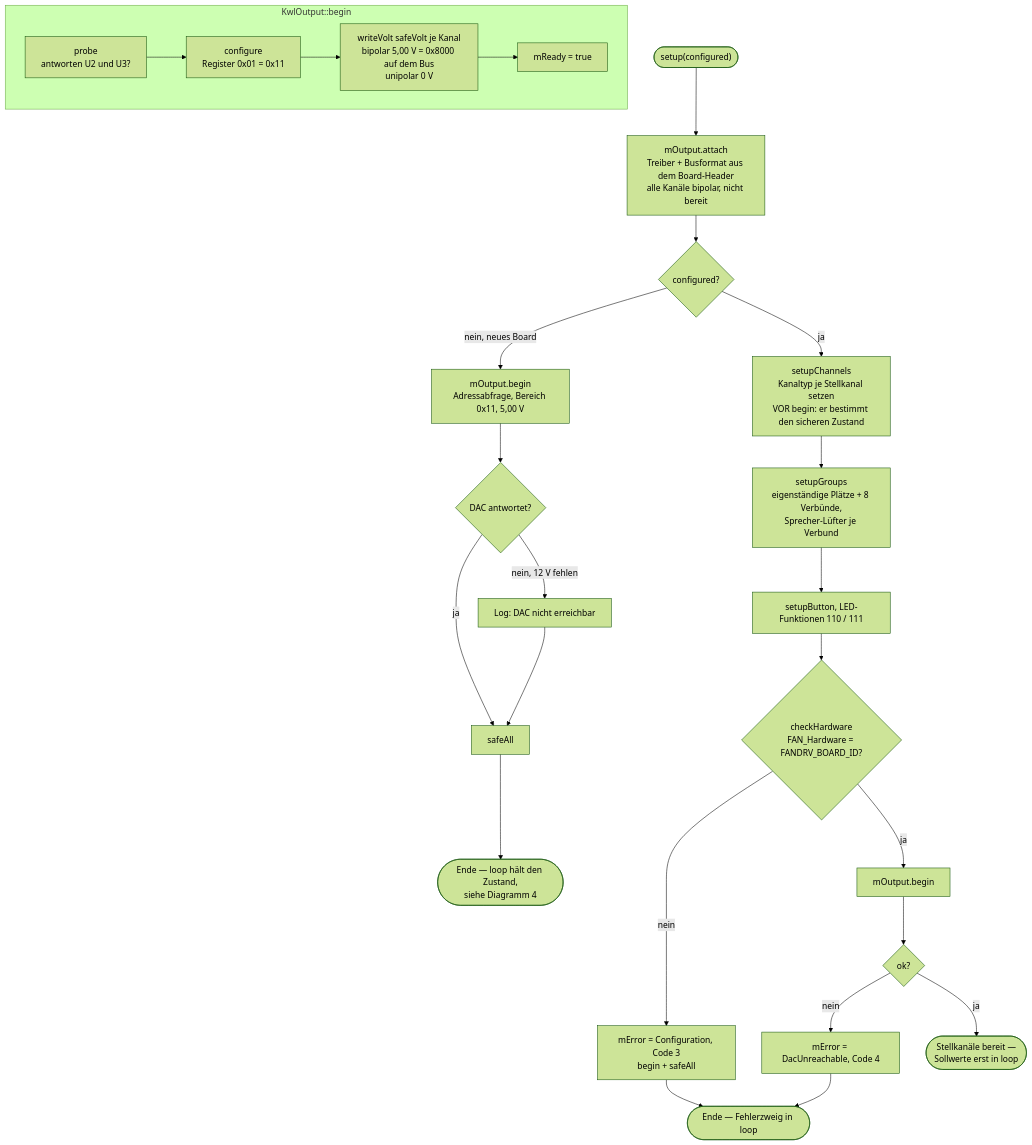
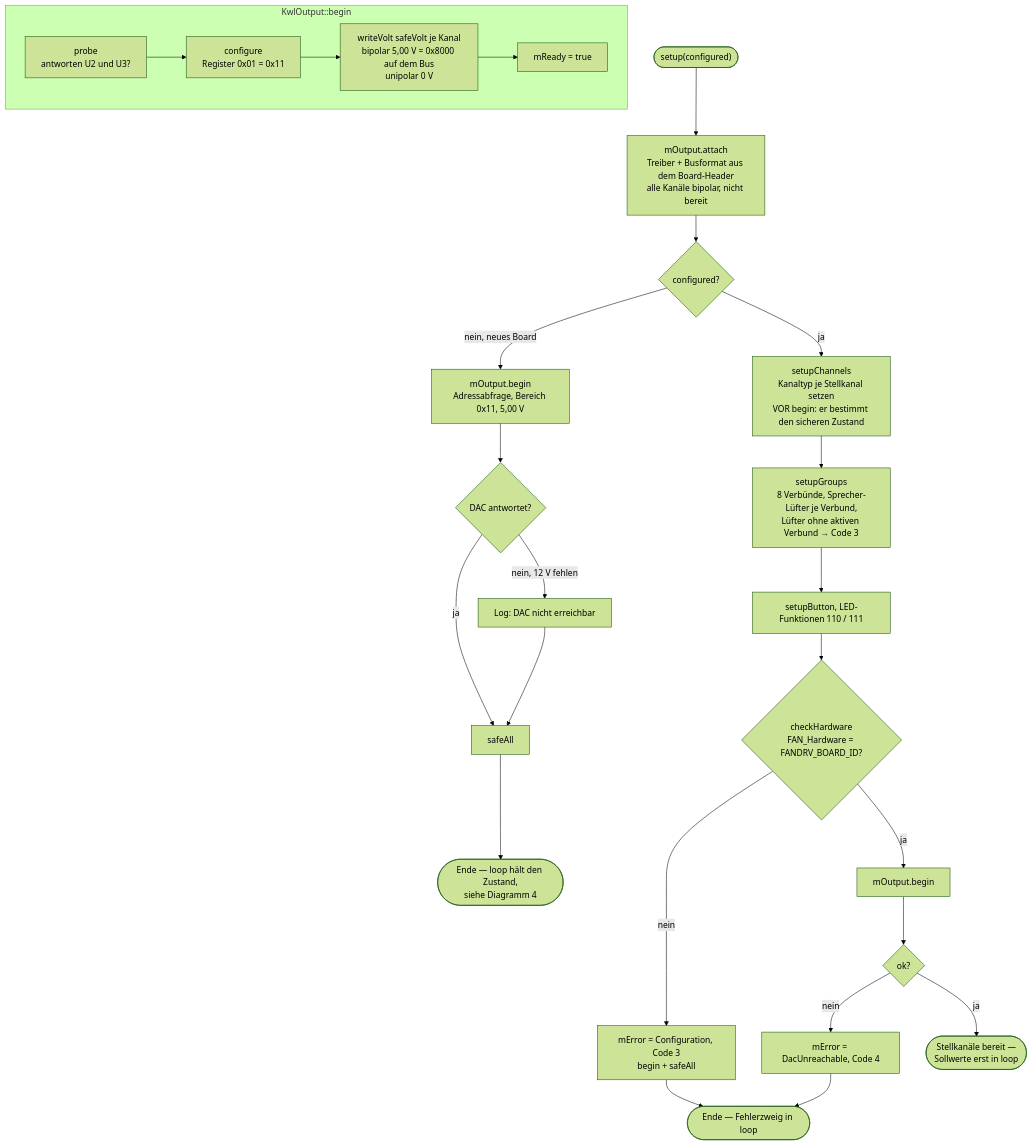
One commit to gosanman/OAM-LunosControl changed the third of 12 diagrams in docs/Ablaufdiagramme.md. Above: the diagram before and after it, drawn with Mermaid (forest theme). The commit also changed other lines of this file and 11 other files, not shown here.

````diff
--- a/docs/Ablaufdiagramme.md
+++ b/docs/Ablaufdiagramme.md
@@ -127,29 +127,29 @@
 ```mermaid
 flowchart TD
     START(["setup(configured)"]) --> ATT["mOutput.attach<br/>Treiber + Busformat aus dem Board-Header<br/>alle Kanäle bipolar, nicht bereit"]
     ATT --> Q1{"configured?"}
 
     Q1 -->|"nein, neues Board"| U1["mOutput.begin<br/>Adressabfrage, Bereich 0x11, 5,00 V"]
     U1 --> U2{"DAC antwortet?"}
     U2 -->|"nein, 12 V fehlen"| U3["Log: DAC nicht erreichbar"]
     U2 -->|"ja"| U4["safeAll"]
     U3 --> U4
     U4 --> UEND(["Ende — loop hält den Zustand,<br/>siehe Diagramm 4"])
 
     Q1 -->|"ja"| C1["setupChannels<br/>Kanaltyp je Stellkanal setzen<br/>VOR begin: er bestimmt den sicheren Zustand"]
-    C1 --> C2["setupGroups<br/>eigenständige Plätze + 8 Verbünde,<br/>Sprecher-Lüfter je Verbund"]
+    C1 --> C2["setupGroups<br/>8 Verbünde, Sprecher-Lüfter je Verbund,<br/>Lüfter ohne aktiven Verbund → Code 3"]
     C2 --> C3["setupButton, LED-Funktionen 110 / 111"]
     C3 --> C4{"checkHardware<br/>FAN_Hardware = FANDRV_BOARD_ID?"}
     C4 -->|"nein"| E3["mError = Configuration, Code 3<br/>begin + safeAll"]
     E3 --> EEND(["Ende — Fehlerzweig in loop"])
     C4 -->|"ja"| B1["mOutput.begin"]
     B1 --> B2{"ok?"}
     B2 -->|"nein"| E4["mError = DacUnreachable, Code 4"]
     E4 --> EEND
     B2 -->|"ja"| OK(["Stellkanäle bereit —<br/>Sollwerte erst in loop"])
 
     subgraph BEGIN["KwlOutput::begin"]
         direction LR
         P1["probe<br/>antworten U2 und U3?"] --> P2["configure<br/>Register 0x01 = 0x11"] --> P3["writeVolt safeVolt je Kanal<br/>bipolar 5,00 V = 0x8000 auf dem Bus<br/>unipolar 0 V"] --> P4["mReady = true"]
     end
 ```
````
